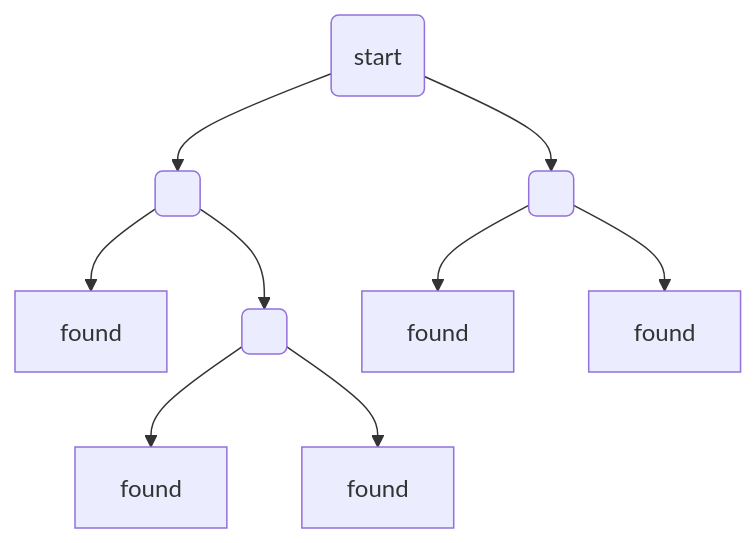
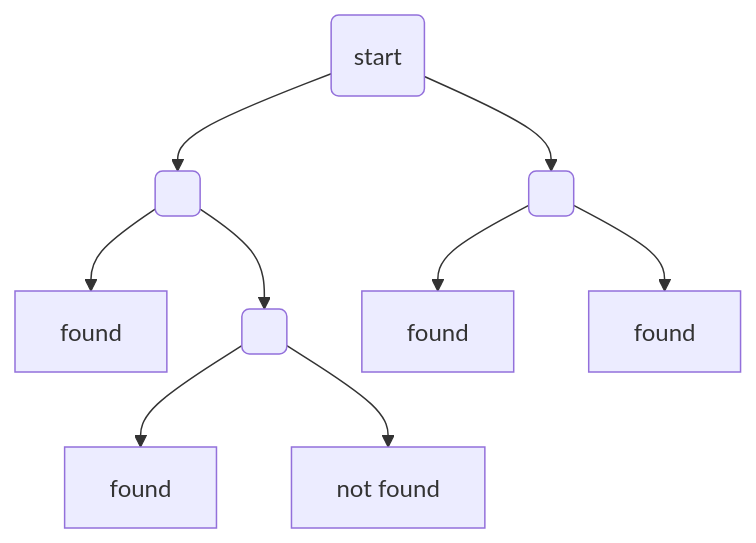
The diagram in docs/_posts/2024-05-05-searching-and-the-o-log-n-cap.markdown (leesugil/leesugil.github.io), drawn with Mermaid before and after one commit.

Commit message:
better example

````diff
--- a/docs/_posts/2024-05-05-searching-and-the-o-log-n-cap.markdown
+++ b/docs/_posts/2024-05-05-searching-and-the-o-log-n-cap.markdown
@@ -23,11 +23,11 @@
 ```mermaid
 flowchart TD
     A(start) --> B( )
     A --> C( )
     B --> D[found]
     B --> E( )
     C --> F[found]
     C --> G[found]
     E --> H[found]
-    E --> I[found]
+    E --> I[not found]
 ```
````
